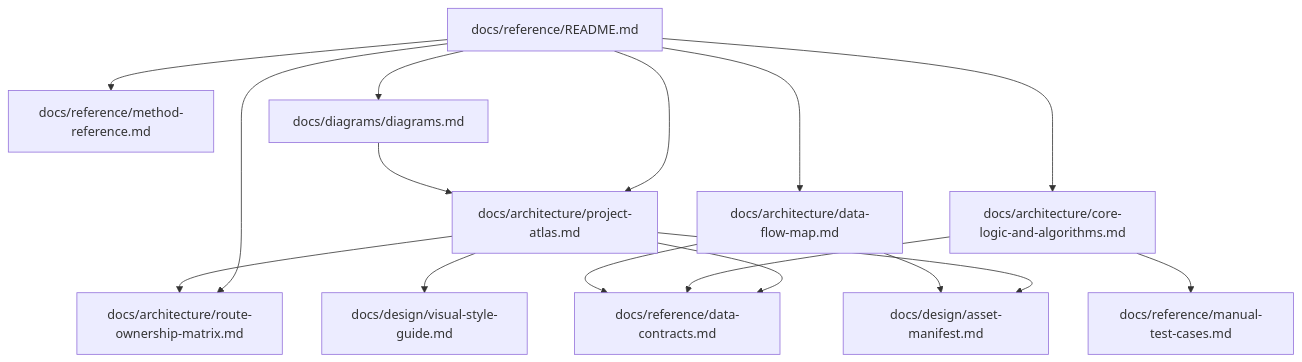
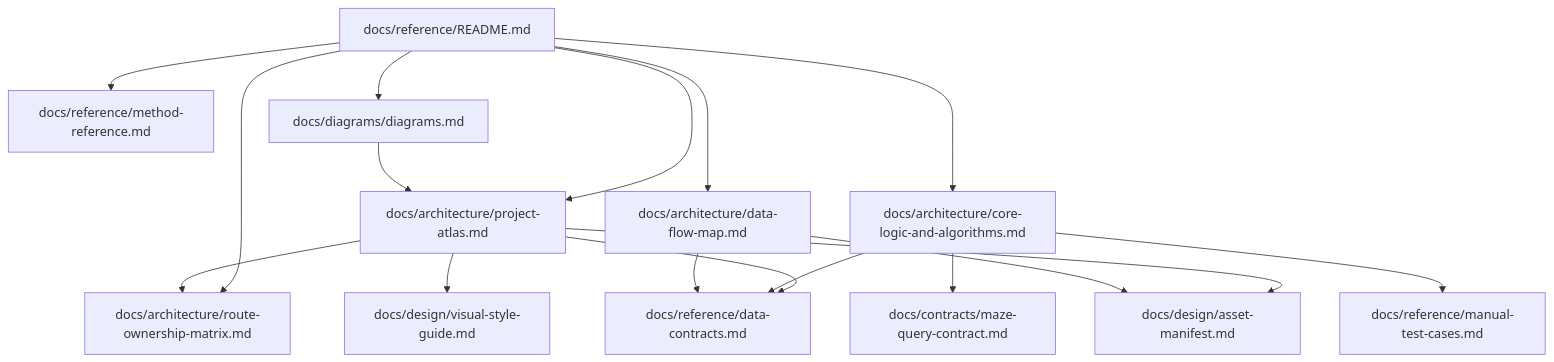
The diagram in docs/reference/spec-index.md (rboles84/mtgSiteWIP), drawn with Mermaid before and after one commit. The commit also changed other lines of this file and 28 other files, not shown here.

First line of the commit message:
VM-022: introduce Maze query contract spec and field inventory

````diff
--- a/docs/reference/spec-index.md
+++ b/docs/reference/spec-index.md
@@ -24,18 +25,19 @@
 ```mermaid
 flowchart TD
   README["docs/reference/README.md"] --> Atlas["docs/architecture/project-atlas.md"]
   README --> Routes["docs/architecture/route-ownership-matrix.md"]
   README --> Methods["docs/reference/method-reference.md"]
   README --> Logic["docs/architecture/core-logic-and-algorithms.md"]
   README --> Data["docs/architecture/data-flow-map.md"]
   README --> Diagrams["docs/diagrams/diagrams.md"]
   Atlas --> Contracts["docs/reference/data-contracts.md"]
   Atlas --> Routes
   Atlas --> Style["docs/design/visual-style-guide.md"]
   Atlas --> Assets["docs/design/asset-manifest.md"]
   Logic --> Contracts
+  Logic --> MazeContract["docs/contracts/maze-query-contract.md"]
   Logic --> Tests["docs/reference/manual-test-cases.md"]
   Data --> Contracts
   Data --> Assets
   Diagrams --> Atlas
 ```
````
